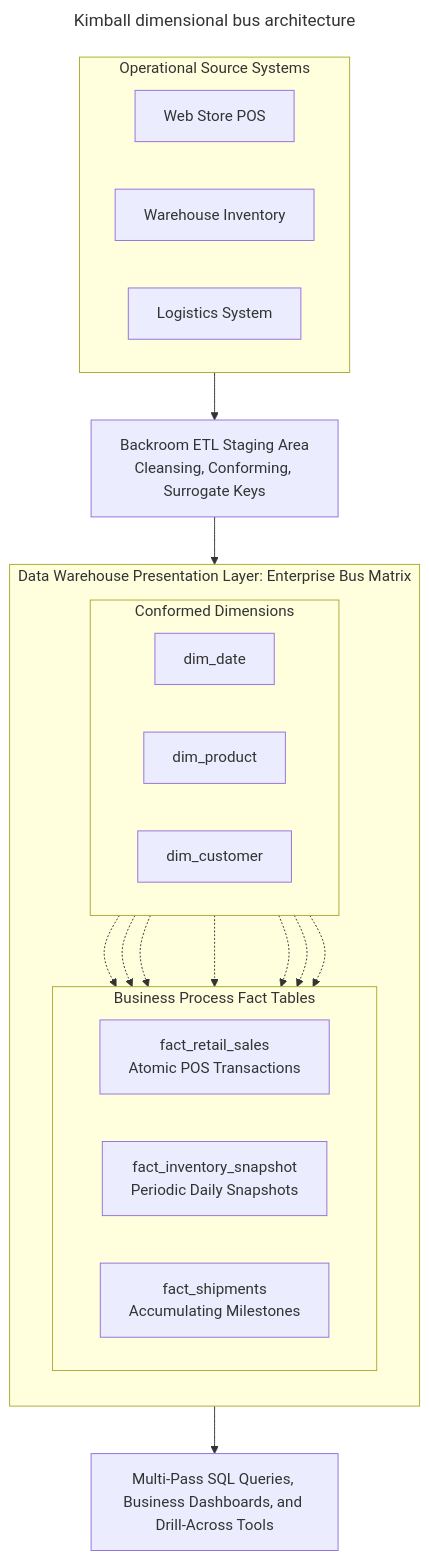
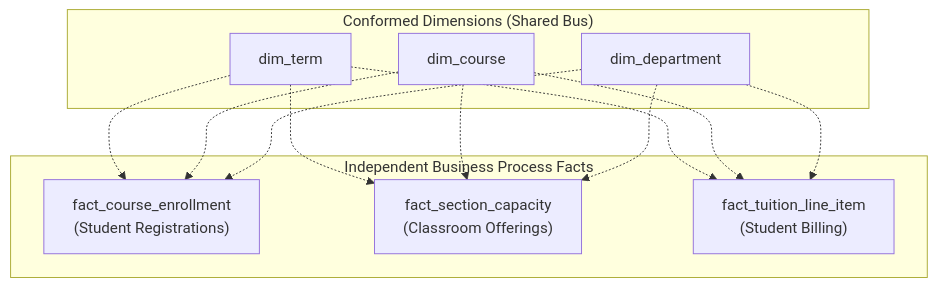
Before and after one commit to VineethChivukula/dedocs: the diagram in content/modeling/dimensional-modeling-methodology.md, drawn with Mermaid. The commit also changed other lines of this file and 26 other files, not shown here.

````diff
--- a/content/modeling/dimensional-modeling-methodology.md
+++ b/content/modeling/dimensional-modeling-methodology.md
@@ -99,46 +90,26 @@
 ```mermaid
----
-title: Kimball dimensional bus architecture
----
 flowchart TD
-    subgraph Sources ["Operational Source Systems"]
-        direction LR
-        K1["Web Store POS"]
-        K2["Warehouse Inventory"]
-        K3["Logistics System"]
+    subgraph Dimensions["Conformed Dimensions (Shared Bus)"]
+        D1["dim_term"]
+        D2["dim_course"]
+        D3["dim_department"]
     end
 
-    ETL["Backroom ETL Staging Area<br/>Cleansing, Conforming, Surrogate Keys"]
-
-    subgraph BusMatrix ["Data Warehouse Presentation Layer: Enterprise Bus Matrix"]
-        direction TB
-
-        subgraph Dimensions ["Conformed Dimensions"]
-            direction LR
-            DDate["dim_date"]
-            DProd["dim_product"]
-            DCust["dim_customer"]
-        end
-
-        subgraph Facts ["Business Process Fact Tables"]
-            direction LR
-            F1["fact_retail_sales<br/>Atomic POS Transactions"]
-            F2["fact_inventory_snapshot<br/>Periodic Daily Snapshots"]
-            F3["fact_shipments<br/>Accumulating Milestones"]
-        end
-
-        DDate -.-> F1
-        DDate -.-> F2
-        DDate -.-> F3
-        DProd -.-> F1
-        DProd -.-> F2
-        DCust -.-> F1
-        DCust -.-> F3
+    subgraph Facts["Independent Business Process Facts"]
+        F1["fact_course_enrollment<br/>(Student Registrations)"]
+        F2["fact_section_capacity<br/>(Classroom Offerings)"]
+        F3["fact_tuition_line_item<br/>(Student Billing)"]
     end
 
-    Analytics["Multi-Pass SQL Queries, Business Dashboards, and Drill-Across Tools"]
+    D1 -.-> F1
+    D1 -.-> F2
+    D1 -.-> F3
+    
+    D2 -.-> F1
+    D2 -.-> F2
+    D2 -.-> F3
 
-    Sources --> ETL
-    ETL --> BusMatrix
-    BusMatrix --> Analytics
+    D3 -.-> F1
+    D3 -.-> F2
+    D3 -.-> F3
 ```
````
